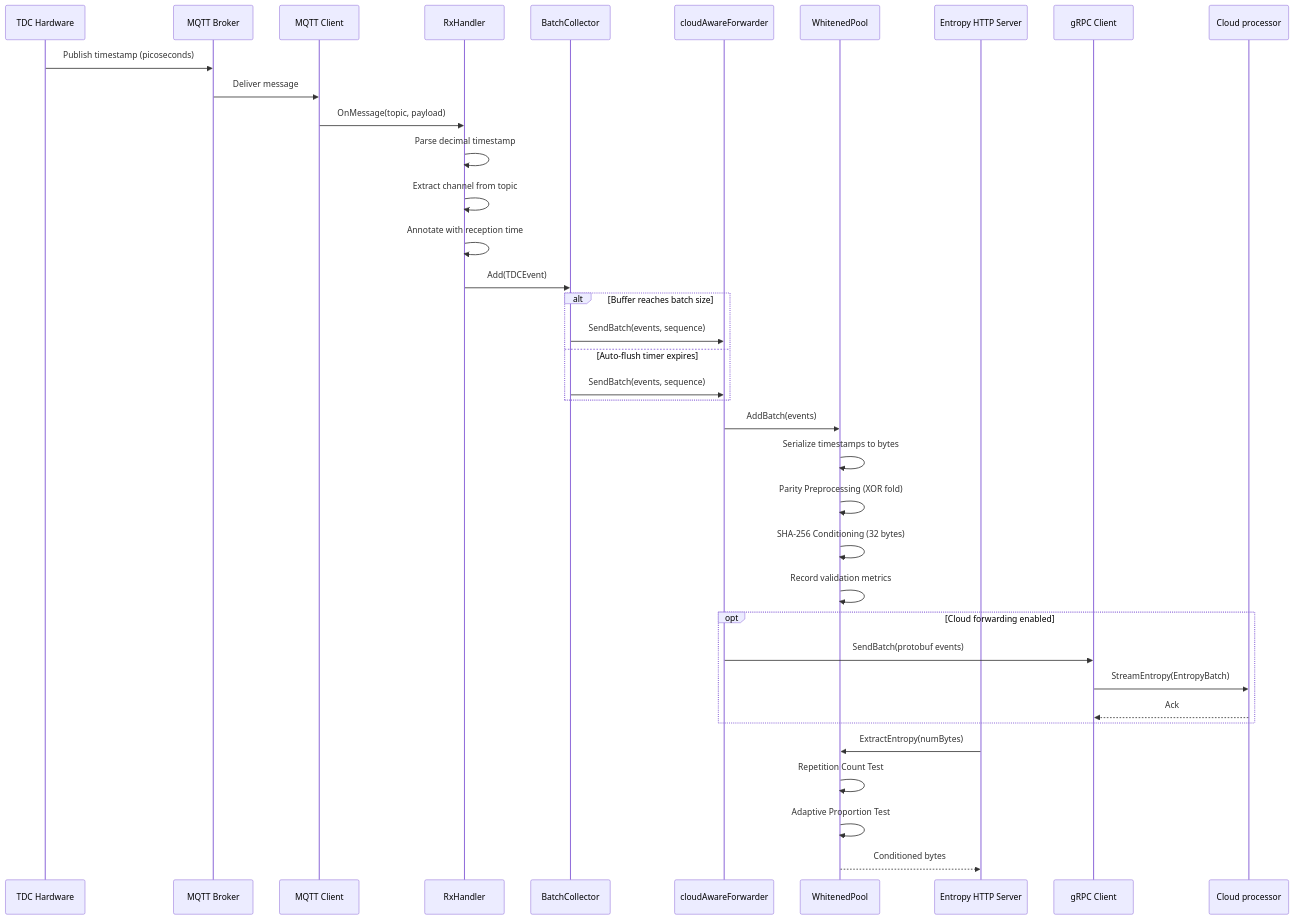
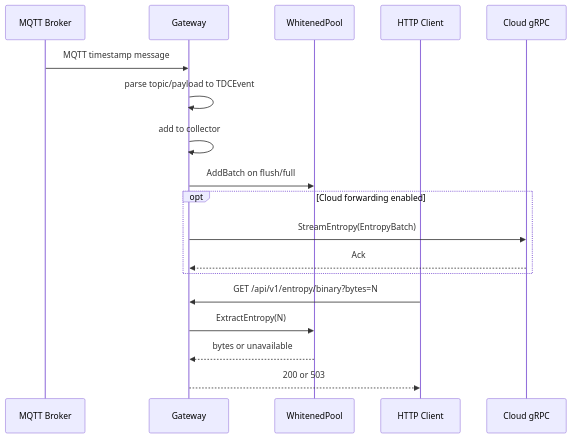
One commit to AmmannChristian/entropy-tdc-gateway changed the second of 2 diagrams in README.md. Above: the diagram before and after it, drawn with Mermaid. The commit also changed other lines of this file and 14 other files, not shown here.

Commit message:
Remove unnecessary comment separators in test files and improve comment clarity across codebase. Updated batch size constants and validation thresholds for consistency.

````diff
--- a/README.md
+++ b/README.md
@@ -112,44 +50,23 @@
 ```mermaid
 sequenceDiagram
-    participant TDC as TDC Hardware
     participant Broker as MQTT Broker
-    participant Client as MQTT Client
-    participant Handler as RxHandler
-    participant Collector as BatchCollector
-    participant Forwarder as cloudAwareForwarder
+    participant GW as Gateway
     participant Pool as WhitenedPool
-    participant HTTP as Entropy HTTP Server
-    participant gRPC as gRPC Client
-    participant Cloud as Cloud processor
+    participant Client as HTTP Client
+    participant Cloud as Cloud gRPC
 
-    TDC->>Broker: Publish timestamp (picoseconds)
-    Broker->>Client: Deliver message
-    Client->>Handler: OnMessage(topic, payload)
-    Handler->>Handler: Parse decimal timestamp
-    Handler->>Handler: Extract channel from topic
-    Handler->>Handler: Annotate with reception time
-    Handler->>Collector: Add(TDCEvent)
+    Broker->>GW: MQTT timestamp message
+    GW->>GW: parse topic/payload to TDCEvent
+    GW->>GW: add to collector
+    GW->>Pool: AddBatch on flush/full
 
-    alt Buffer reaches batch size
-        Collector->>Forwarder: SendBatch(events, sequence)
-    else Auto-flush timer expires
-        Collector->>Forwarder: SendBatch(events, sequence)
+    opt Cloud forwarding enabled
+        GW->>Cloud: StreamEntropy(EntropyBatch)
+        Cloud-->>GW: Ack
     end
 
-    Forwarder->>Pool: AddBatch(events)
-    Pool->>Pool: Serialize timestamps to bytes
-    Pool->>Pool: Parity Preprocessing (XOR fold)
-    Pool->>Pool: SHA-256 Conditioning (32 bytes)
-    Pool->>Pool: Record validation metrics
-
-    opt Cloud forwarding enabled
-        Forwarder->>gRPC: SendBatch(protobuf events)
-        gRPC->>Cloud: StreamEntropy(EntropyBatch)
-        Cloud-->>gRPC: Ack
-    end
-
-    HTTP->>Pool: ExtractEntropy(numBytes)
-    Pool->>Pool: Repetition Count Test
-    Pool->>Pool: Adaptive Proportion Test
-    Pool-->>HTTP: Conditioned bytes
+    Client->>GW: GET /api/v1/entropy/binary?bytes=N
+    GW->>Pool: ExtractEntropy(N)
+    Pool-->>GW: bytes or unavailable
+    GW-->>Client: 200 or 503
 ```
````
